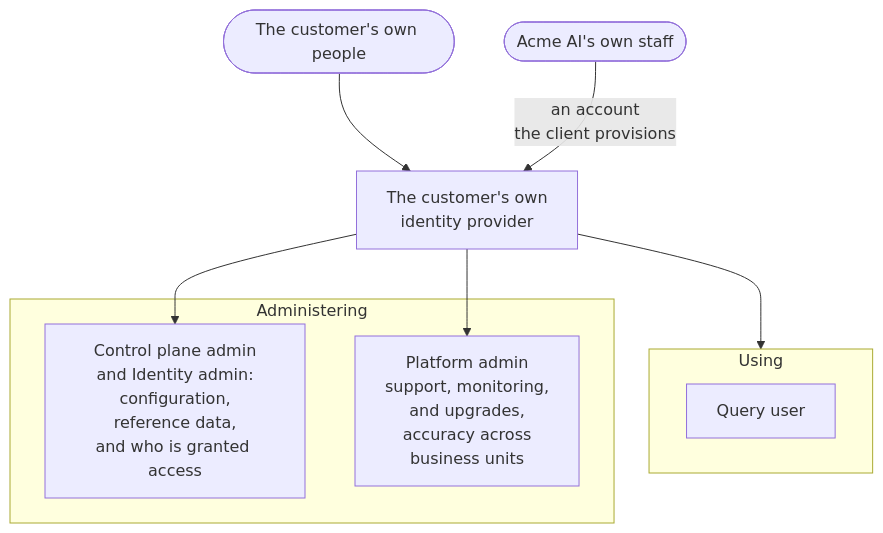
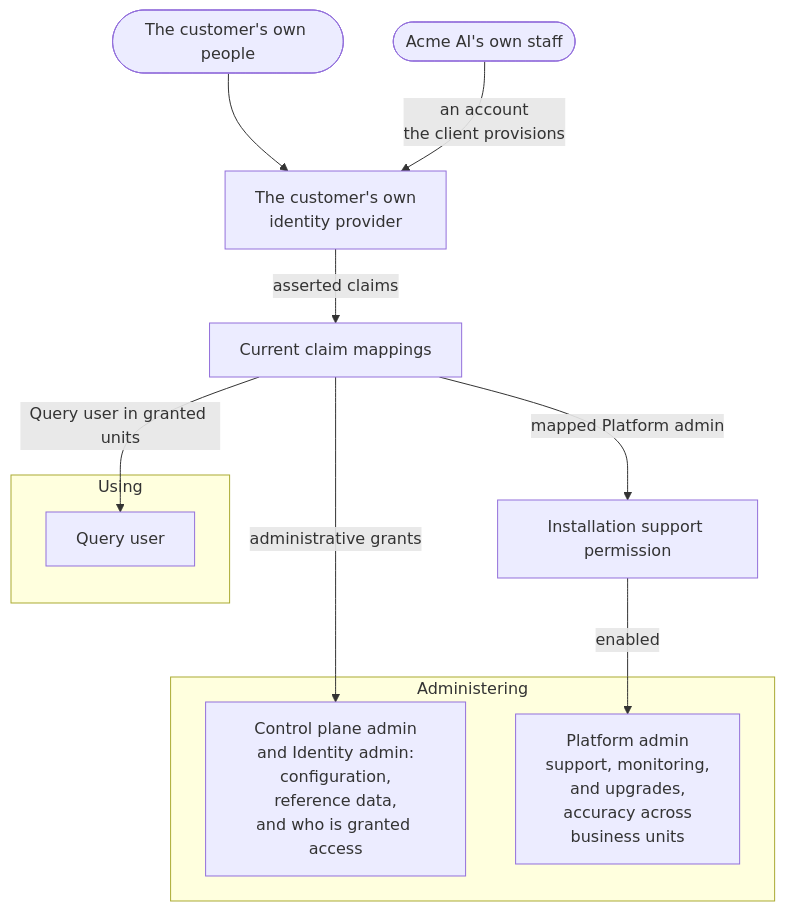
The third of 4 diagrams in specs/application/product/architecture.md (billy-atkins/price-horizon), drawn with Mermaid before and after one commit. The commit also changed other lines of this file and 14 other files, not shown here.

````diff
--- a/specs/application/product/architecture.md
+++ b/specs/application/product/architecture.md
@@ -174,19 +175,21 @@
 ```mermaid
 ---
 config:
   layout: dagre
 ---
 flowchart TD
     PEOPLE(["The customer's own people"]) --> IDP["The customer's own<br/>identity provider"]
     ACME(["Acme AI's own staff"]) -->|"an account<br/>the client provisions"| IDP
     subgraph USING["Using"]
         ANS["Query user"]
     end
     subgraph ADMIN["Administering"]
         ADM["Control plane admin<br/>and Identity admin:<br/>configuration,<br/>reference data,<br/>and who is granted access"]
         PLAT["Platform admin<br/>support, monitoring,<br/>and upgrades,<br/>accuracy across<br/>business units"]
     end
-    IDP --> USING
-    IDP --> ADM
-    IDP --> PLAT
+    IDP -->|"asserted claims"| MAP["Current claim mappings"]
+    MAP -->|"Query user in granted units"| ANS
+    MAP -->|"administrative grants"| ADM
+    MAP -->|"mapped Platform admin"| SUPPORT["Installation support permission"]
+    SUPPORT -->|"enabled"| PLAT
 ```
````
